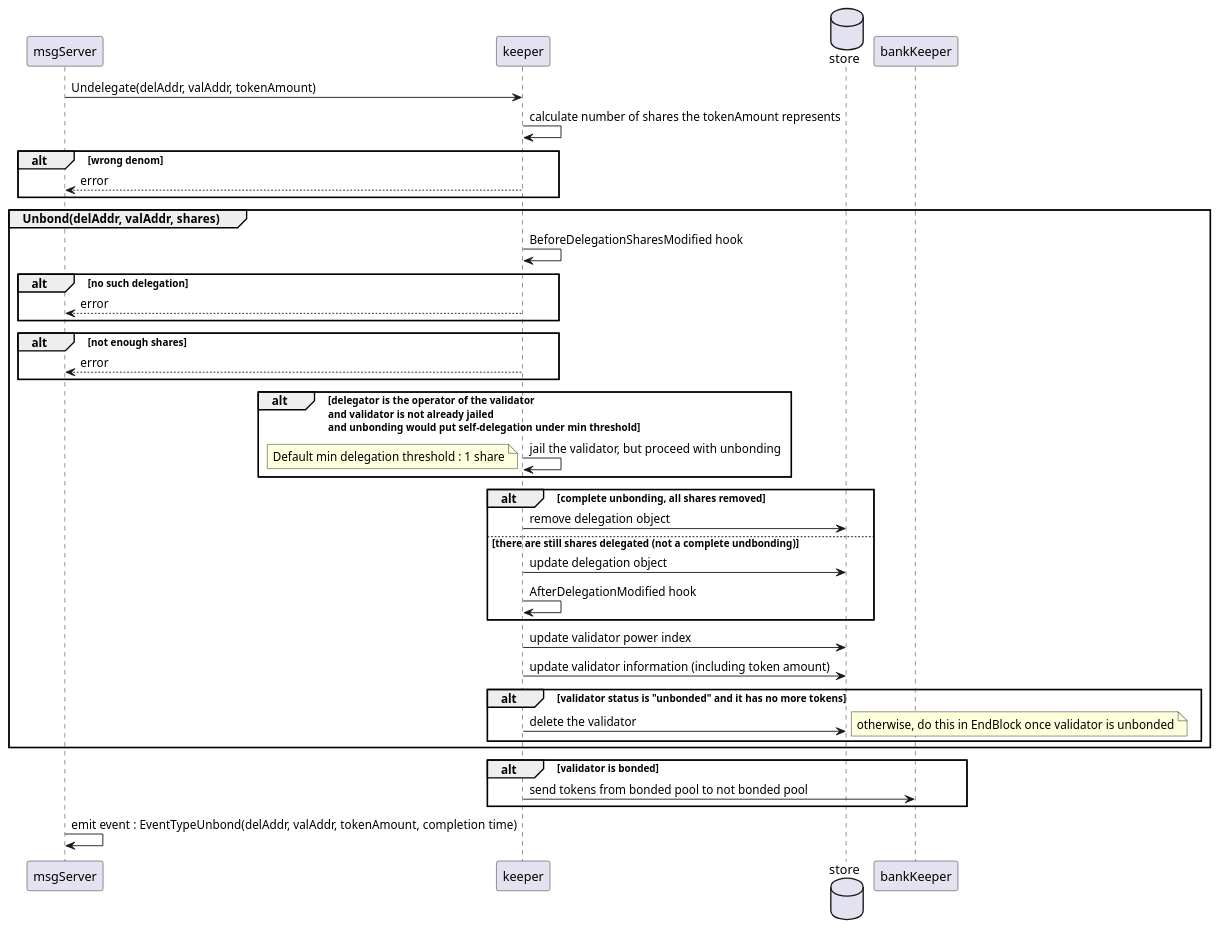
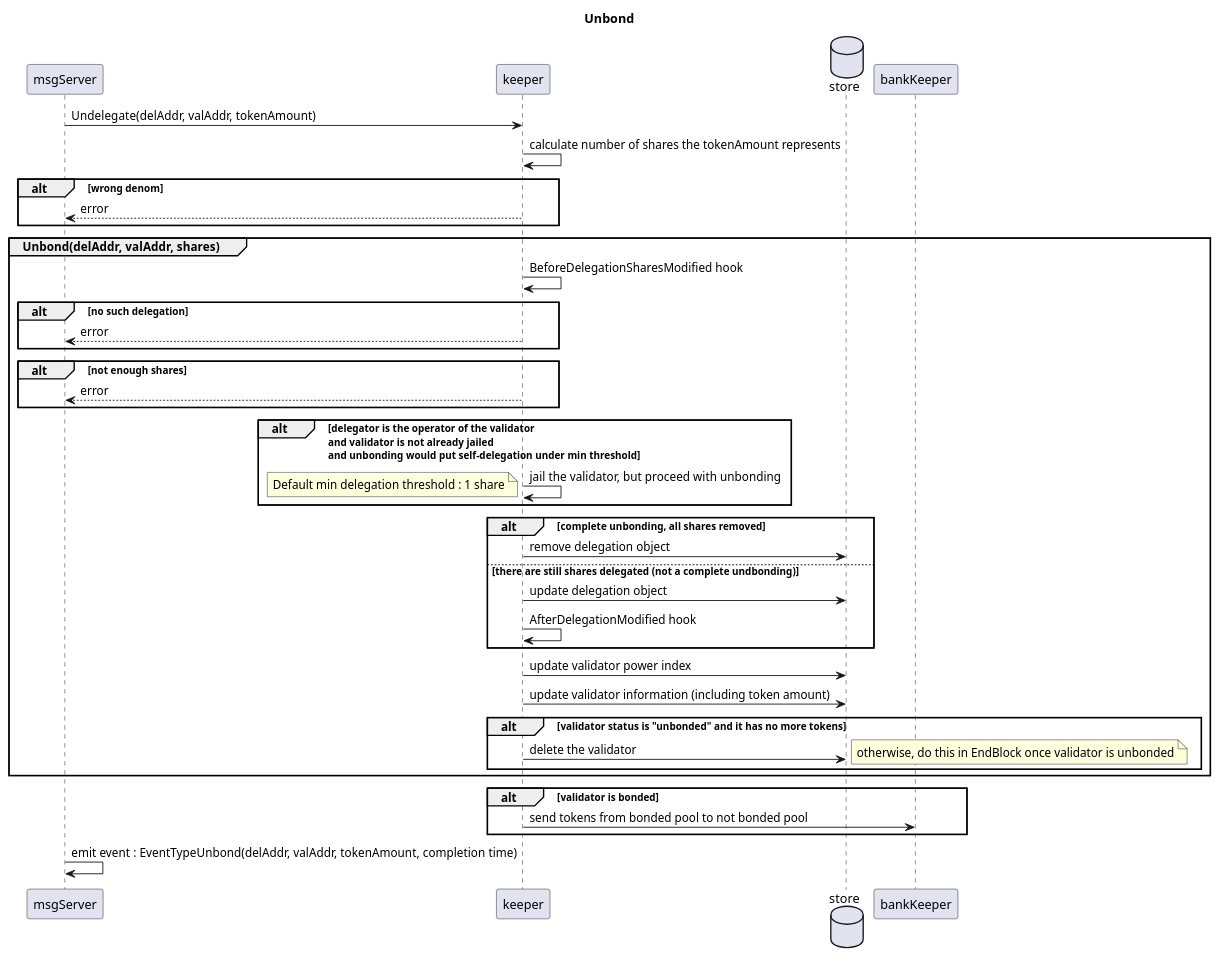
The diagram in x/staking/spec/unbond_sequence.puml (cosmos/cosmos-sdk), drawn with PlantUML before and after one commit.

Commit message:
add title back

```diff
--- a/x/staking/spec/unbond_sequence.puml
+++ b/x/staking/spec/unbond_sequence.puml
@@ -1,49 +1,51 @@
 @startuml
 'https://plantuml.com/sequence-diagram
+
+title: Unbond
 
 msgServer -> keeper : Undelegate(delAddr, valAddr, tokenAmount)
 
 keeper -> keeper : calculate number of shares the tokenAmount represents
 
 alt wrong denom
     msgServer <-- keeper : error
 end
 
 group Unbond(delAddr, valAddr, shares)
     keeper -> keeper: BeforeDelegationSharesModified hook
     alt no such delegation
         keeper --> msgServer : error
     end
     alt not enough shares
         keeper --> msgServer : error
     end
     alt delegator is the operator of the validator\nand validator is not already jailed\nand unbonding would put self-delegation under min threshold
                 keeper -> keeper : jail the validator, but proceed with unbonding
                 note left : Default min delegation threshold : 1 share
     end
 
     database store
 
     alt complete unbonding, all shares removed
         keeper -> store : remove delegation object
     else there are still shares delegated (not a complete undbonding)
         keeper -> store : update delegation object
         keeper -> keeper : AfterDelegationModified hook
     end
 
     keeper -> store : update validator power index
     keeper -> store : update validator information (including token amount)
 
     alt validator status is "unbonded" and it has no more tokens
        keeper -> store : delete the validator
        note right : otherwise, do this in EndBlock once validator is unbonded
     end
 end
 
 alt validator is bonded
     keeper -> bankKeeper : send tokens from bonded pool to not bonded pool
 end
 
 msgServer -> msgServer : emit event : EventTypeUnbond(delAddr, valAddr, tokenAmount, completion time)
 
 @enduml
```
